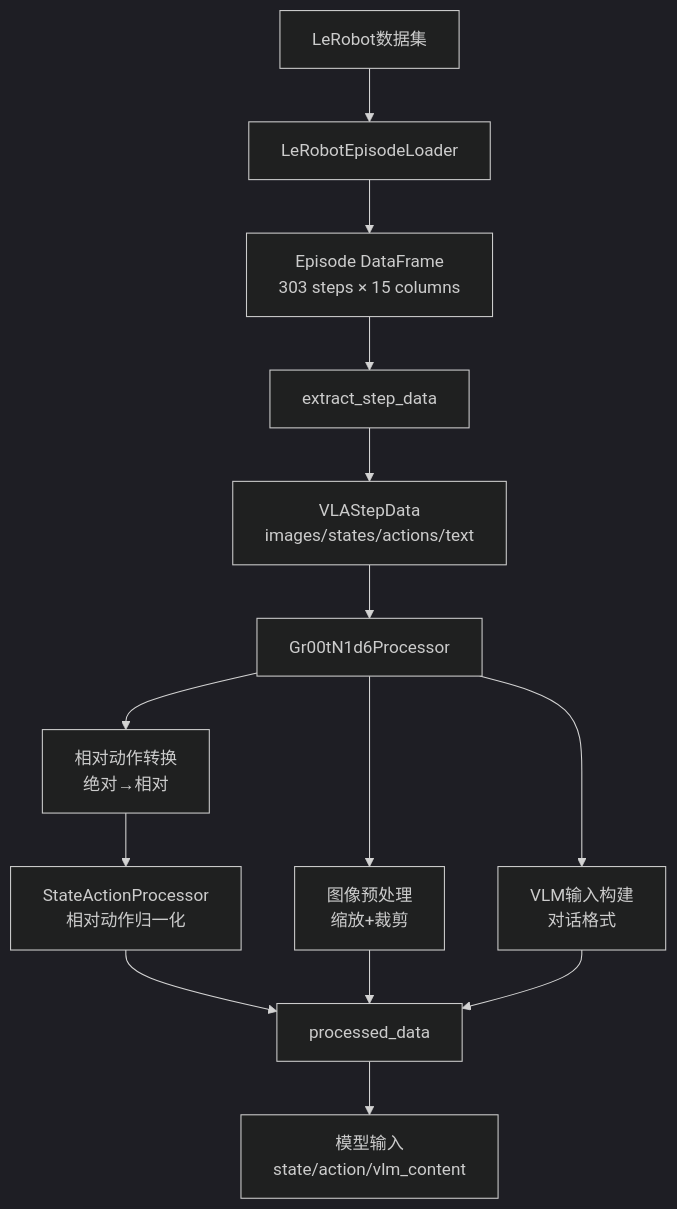
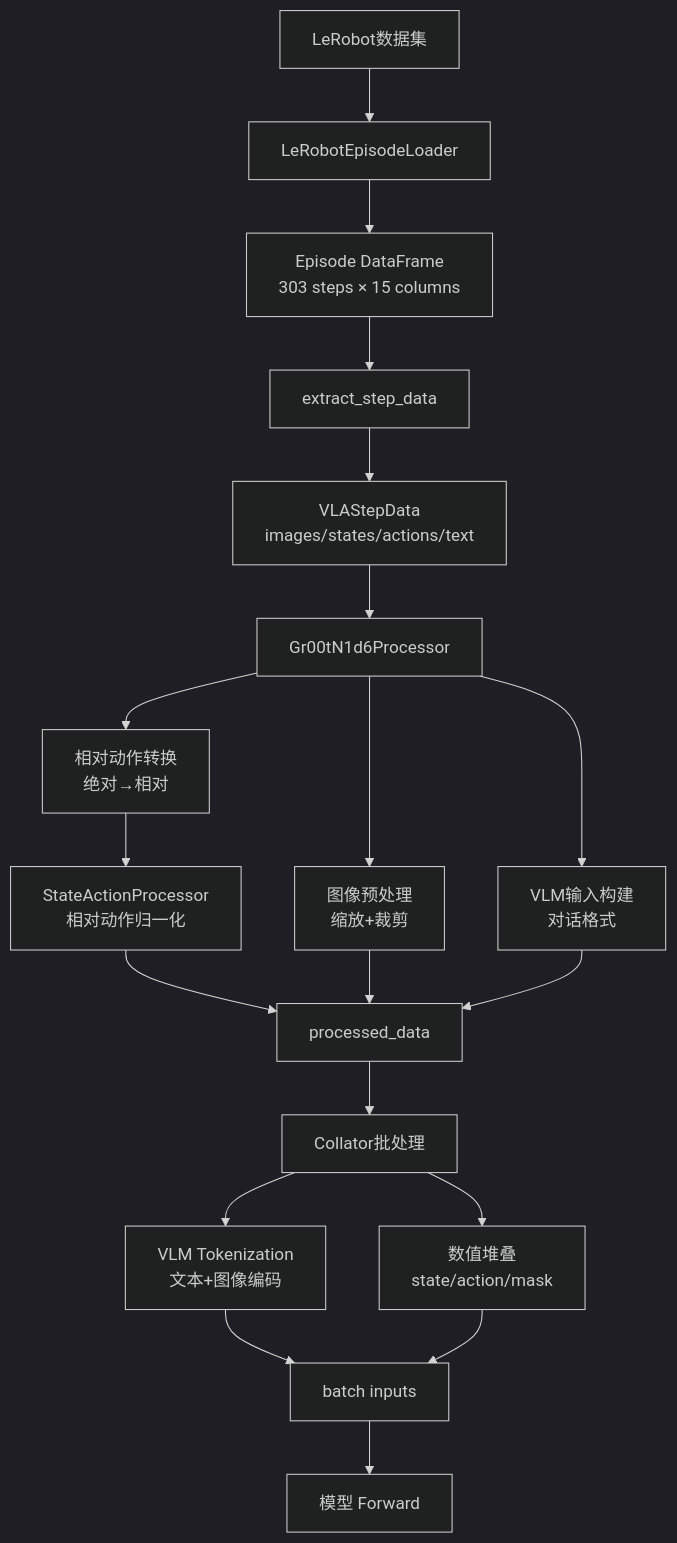
One commit to owenliang/Isaac-GR00T changed the first of 2 diagrams in lerobot_hf/test.md. Above: the diagram before and after it, drawn with Mermaid (dark theme). The commit also changed other lines of this file and 1 other file, not shown here.

````diff
--- a/lerobot_hf/test.md
+++ b/lerobot_hf/test.md
@@ -435,16 +612,21 @@
 ```mermaid
 graph TD
     A[LeRobot数据集] --> B[LeRobotEpisodeLoader]
     B --> C[Episode DataFrame<br/>303 steps × 15 columns]
     C --> D[extract_step_data]
     D --> E[VLAStepData<br/>images/states/actions/text]
     E --> F[Gr00tN1d6Processor]
     F --> G[相对动作转换<br/>绝对→相对]
     G --> H[StateActionProcessor<br/>相对动作归一化]
     F --> I[图像预处理<br/>缩放+裁剪]
     F --> J[VLM输入构建<br/>对话格式]
     H --> K[processed_data]
     I --> K
     J --> K
-    K --> L[模型输入<br/>state/action/vlm_content]
+    K --> L[Collator批处理]
+    L --> M[VLM Tokenization<br/>文本+图像编码]
+    L --> N[数值堆叠<br/>state/action/mask]
+    M --> O[batch inputs]
+    N --> O
+    O --> P[模型 Forward]
 ```
````
